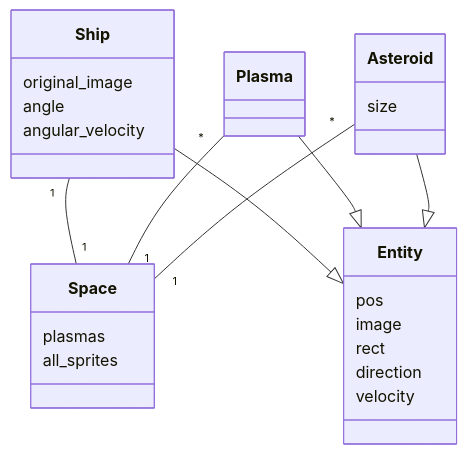
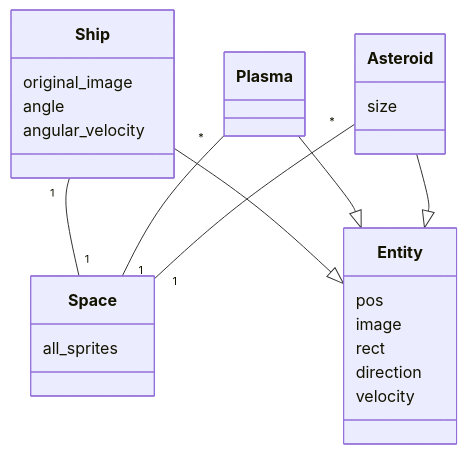
Before and after one commit to tjunttil/ot-harjoitustyo: the diagram in dokumentaatio/arkkitehtuuri.md, drawn with Mermaid.

````diff
--- a/dokumentaatio/arkkitehtuuri.md
+++ b/dokumentaatio/arkkitehtuuri.md
@@ -1,30 +1,29 @@
 ```mermaid
  classDiagram
       Ship "1" -- "1" Space
       Plasma "*" -- "1" Space
       Asteroid "*" -- "1" Space
       Ship --|> Entity
       Plasma --|> Entity
       Asteroid --|> Entity
       class Entity{
           pos
           image
           rect
           direction
           velocity
       }
       class Ship{
           original_image
           angle
           angular_velocity
       }
       class Plasma{
       }
       class Space{
-          plasmas
           all_sprites
       }
       class Asteroid{
           size
       }
 ```
````
